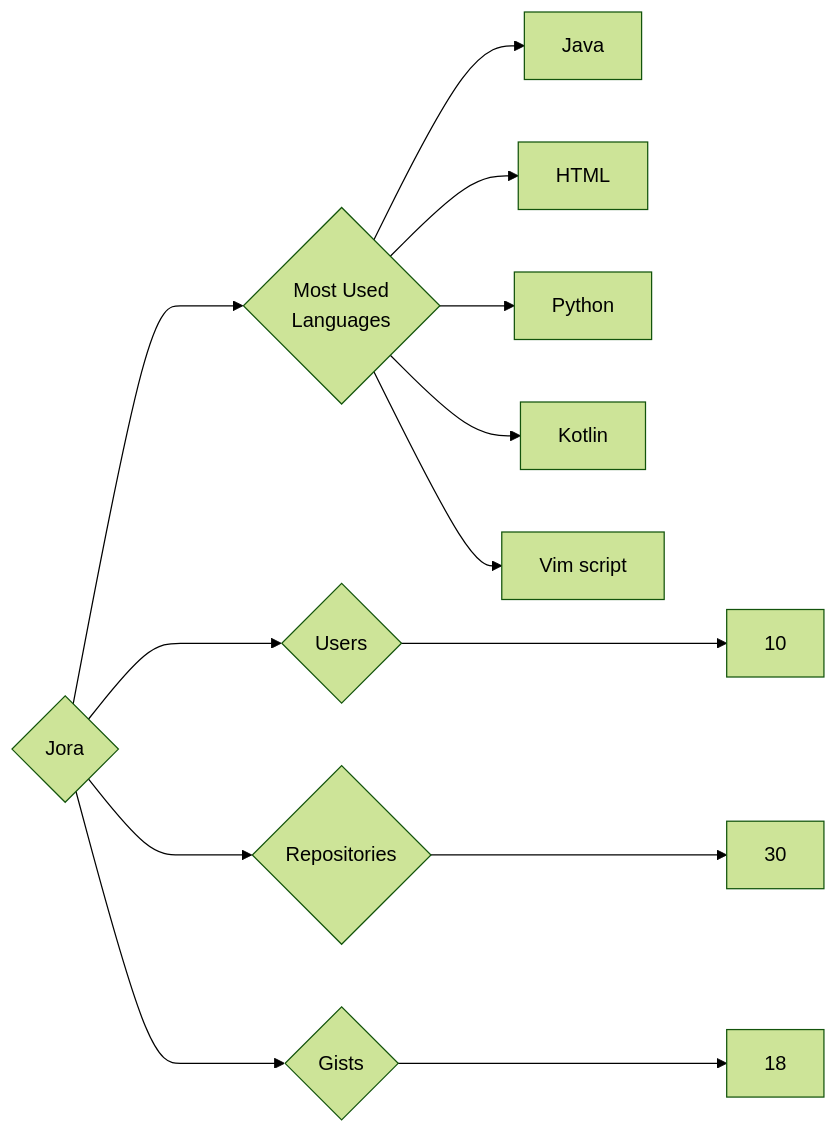
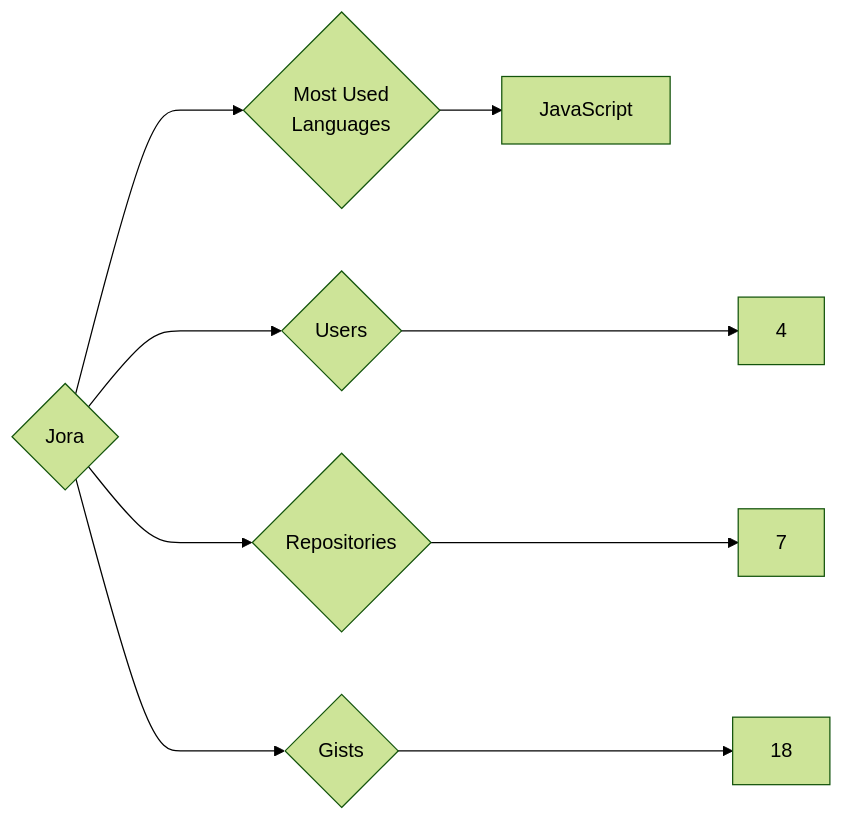
One commit to trickest/insiders changed the diagram in targets/Jora/README.md. Above: the diagram before and after it, drawn with Mermaid (forest theme). The commit also changed 823 other files, not shown here.

````diff
--- a/targets/Jora/README.md
+++ b/targets/Jora/README.md
@@ -3,13 +3,9 @@
 ```mermaid
 graph LR
 COMPANY_NAME{Jora}
-COMPANY_NAME ---> U{Users} ---> UN[10]
-COMPANY_NAME ---> R{Repositories} ---> RN[30]
+COMPANY_NAME ---> U{Users} ---> UN[4]
+COMPANY_NAME ---> R{Repositories} ---> RN[7]
 COMPANY_NAME ---> G{Gists} ---> GN[18]
 COMPANY_NAME ---> ML{Most Used<br>Languages}
-ML --> Java[Java]
-ML --> HTML[HTML]
-ML --> Python[Python]
-ML --> Kotlin[Kotlin]
-ML --> Vim_script[Vim script]
+ML --> JavaScript[JavaScript]
 ```
````
